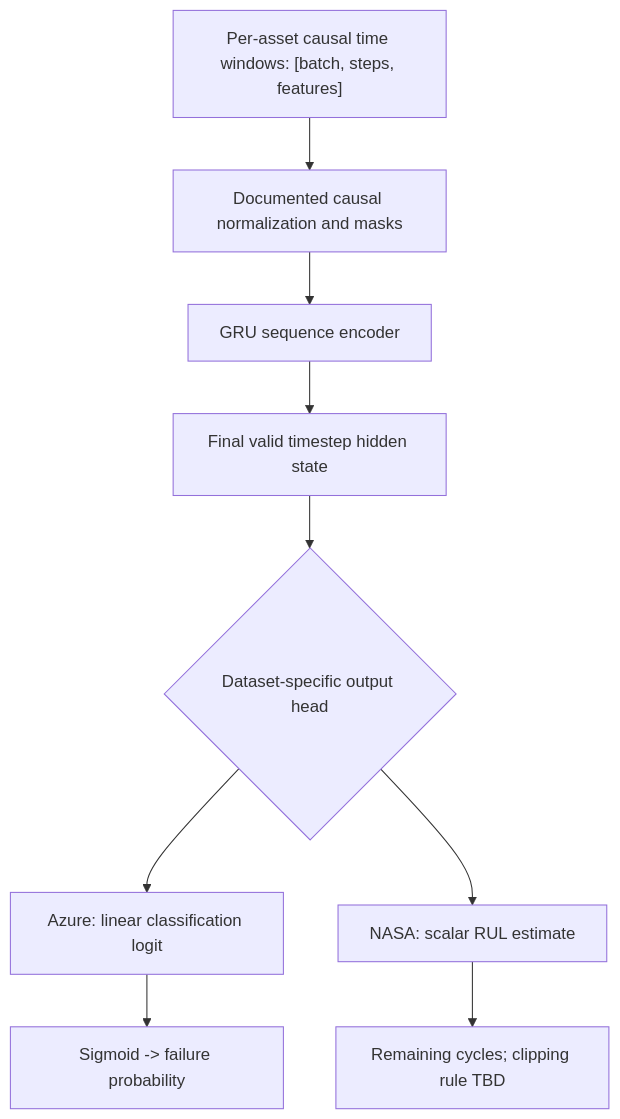
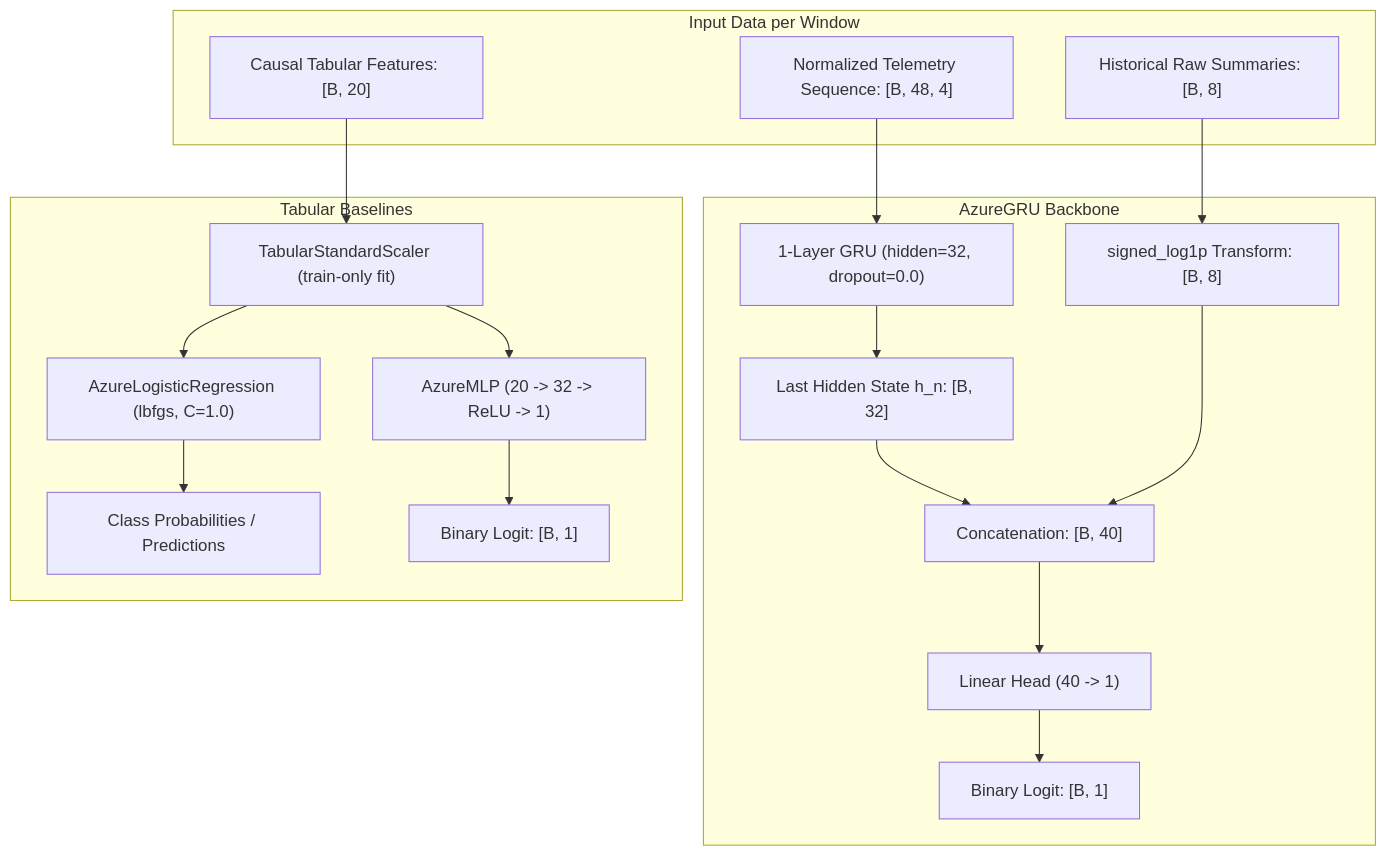
One commit to momen320230161-hub/FedMaint-AI changed the diagram in docs/MODEL_DESIGN.md. Above: the diagram before and after it, drawn with Mermaid. The commit also changed other lines of this file and 31 other files, not shown here.

````diff
--- a/docs/MODEL_DESIGN.md
+++ b/docs/MODEL_DESIGN.md
@@ -20,12 +42,26 @@
 ```mermaid
 flowchart TD
-    W["Per-asset causal time windows: [batch, steps, features]"]
-    W --> N["Documented causal normalization and masks"]
-    N --> G["GRU sequence encoder"]
-    G --> H["Final valid timestep hidden state"]
-    H --> C{"Dataset-specific output head"}
-    C --> A["Azure: linear classification logit"]
-    C --> B["NASA: scalar RUL estimate"]
-    A --> P["Sigmoid -> failure probability"]
-    B --> R["Remaining cycles; clipping rule TBD"]
+    subgraph DataInputs ["Input Data per Window"]
+        W["Normalized Telemetry Sequence: [B, 48, 4]"]
+        S["Historical Raw Summaries: [B, 8]"]
+        T["Causal Tabular Features: [B, 20]"]
+    end
+
+    subgraph GRUBackbone ["AzureGRU Backbone"]
+        W --> G["1-Layer GRU (hidden=32, dropout=0.0)"]
+        G --> H["Last Hidden State h_n: [B, 32]"]
+        S --> L["signed_log1p Transform: [B, 8]"]
+        H --> C["Concatenation: [B, 40]"]
+        L --> C
+        C --> FC["Linear Head (40 -> 1)"]
+        FC --> Y1["Binary Logit: [B, 1]"]
+    end
+
+    subgraph Baselines ["Tabular Baselines"]
+        T --> SC["TabularStandardScaler (train-only fit)"]
+        SC --> LR["AzureLogisticRegression (lbfgs, C=1.0)"]
+        SC --> MLP["AzureMLP (20 -> 32 -> ReLU -> 1)"]
+        LR --> Y2["Class Probabilities / Predictions"]
+        MLP --> Y3["Binary Logit: [B, 1]"]
+    end
 ```
````
